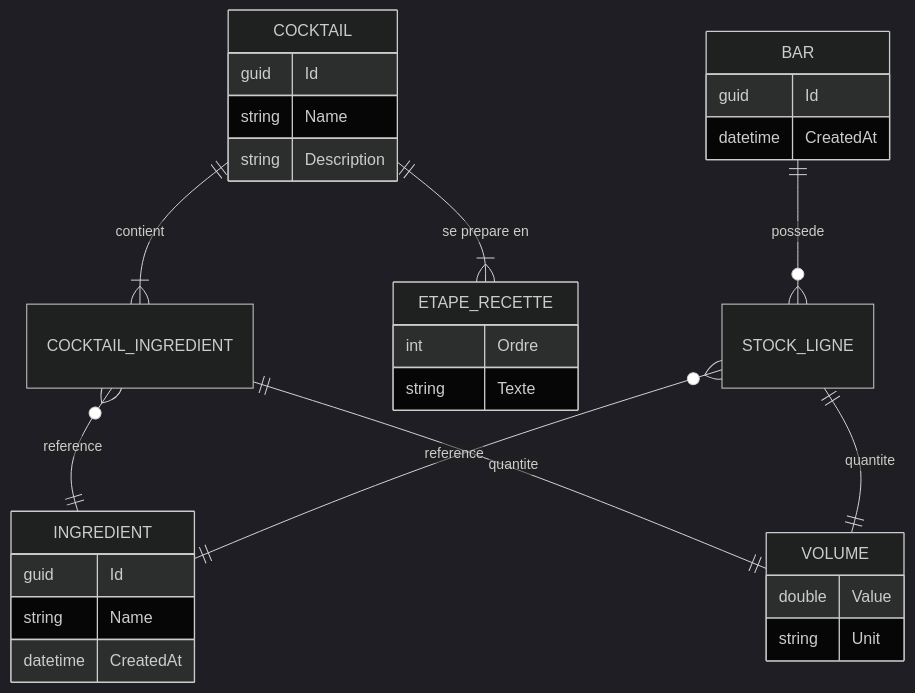
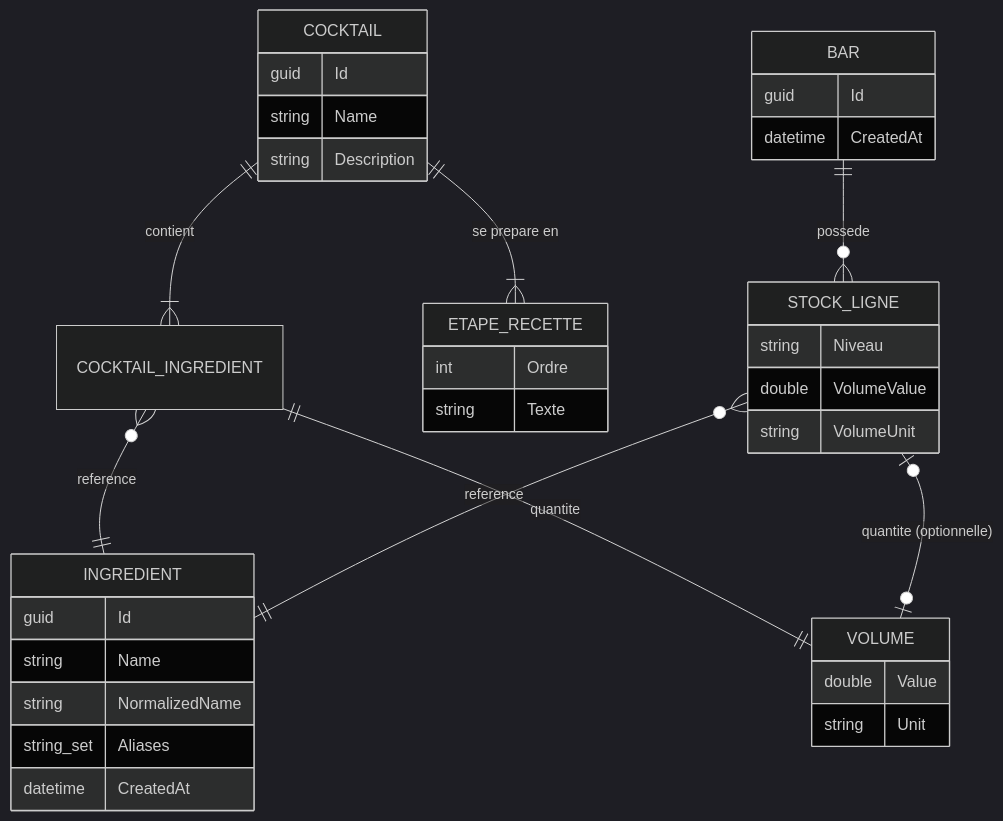
Before and after one commit to Zerak630/mixo-logger: the first of 2 diagrams in docs/MVP.md, drawn with Mermaid (dark theme). The commit also changed other lines of this file, not shown here.

````diff
--- a/docs/MVP.md
+++ b/docs/MVP.md
@@ -132,33 +132,40 @@
 ```mermaid
 erDiagram
     COCKTAIL ||--|{ COCKTAIL_INGREDIENT : "contient"
     COCKTAIL ||--|{ ETAPE_RECETTE : "se prepare en"
     COCKTAIL_INGREDIENT }o--|| INGREDIENT : "reference"
     COCKTAIL_INGREDIENT ||--|| VOLUME : "quantite"
     BAR ||--o{ STOCK_LIGNE : "possede"
     STOCK_LIGNE }o--|| INGREDIENT : "reference"
-    STOCK_LIGNE ||--|| VOLUME : "quantite"
+    STOCK_LIGNE |o--o| VOLUME : "quantite (optionnelle)"
 
     COCKTAIL {
         guid Id
         string Name
         string Description
     }
     INGREDIENT {
         guid Id
         string Name
+        string NormalizedName
+        string_set Aliases
         datetime CreatedAt
+    }
+    STOCK_LIGNE {
+        string Niveau
+        double VolumeValue
+        string VolumeUnit
     }
     ETAPE_RECETTE {
         int Ordre
         string Texte
     }
     VOLUME {
         double Value
         string Unit
     }
     BAR {
         guid Id
         datetime CreatedAt
     }
 ```
````
